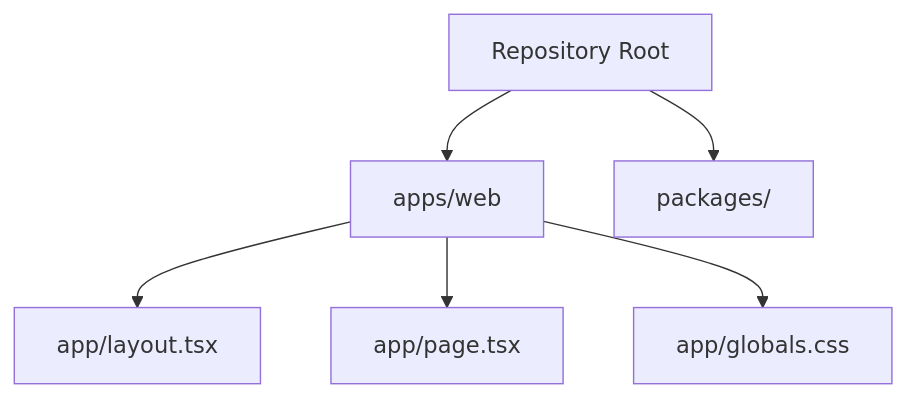
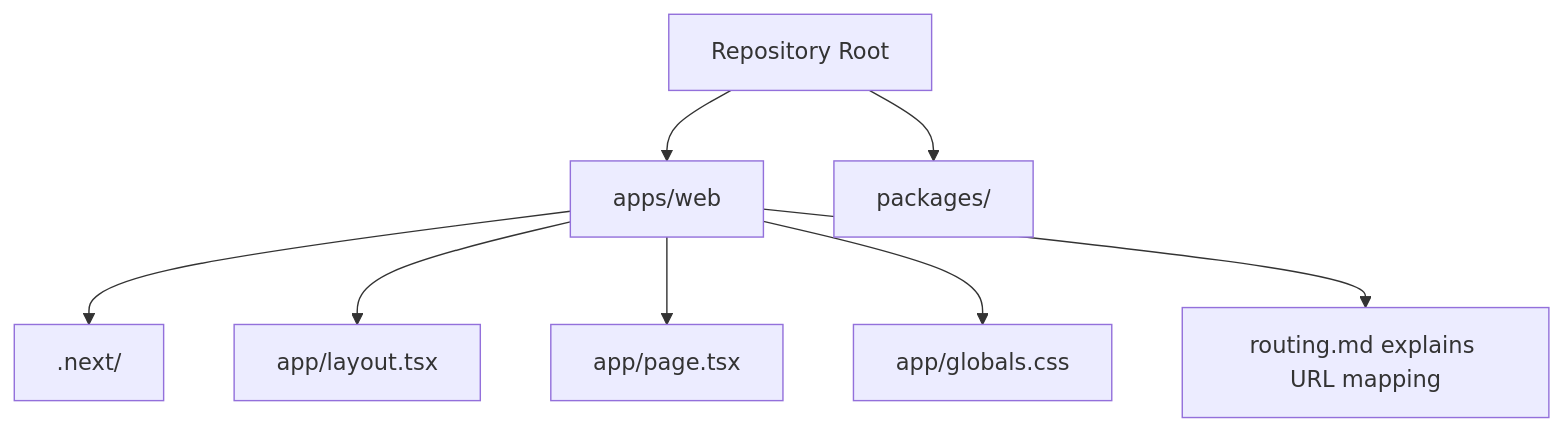
One commit to matthewlovestocode/designated changed the diagram in docs/web/README.md. Above: the diagram before and after it, drawn with Mermaid. The commit also changed other lines of this file and 4 other files, not shown here.

````diff
--- a/docs/web/README.md
+++ b/docs/web/README.md
@@ -25,8 +28,10 @@
 ```mermaid
 flowchart TD
     A["Repository Root"] --> B["apps/web"]
     A --> C["packages/"]
+    B --> G[".next/"]
     B --> D["app/layout.tsx"]
     B --> E["app/page.tsx"]
     B --> F["app/globals.css"]
+    B --> H["routing.md explains URL mapping"]
 ```
````
